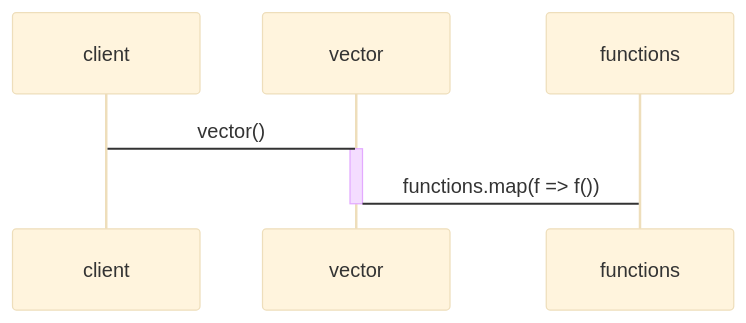
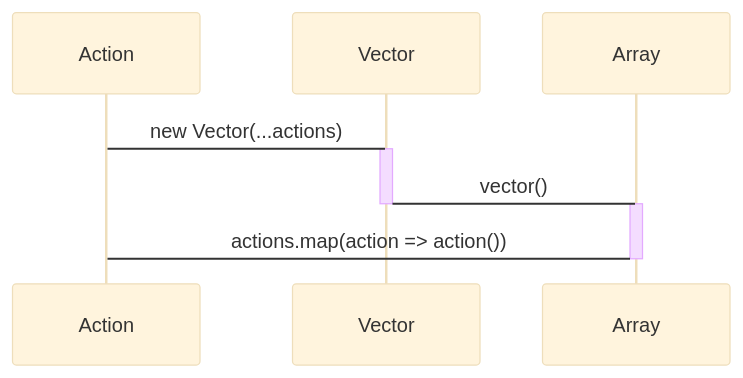
The third of 4 diagrams in README.md (domrally/peekeasy), drawn with Mermaid (base theme) before and after one commit. The commit also changed other lines of this file, not shown here.

````diff
--- a/README.md
+++ b/README.md
@@ -98,7 +101,10 @@
 ```mermaid
 sequenceDiagram
-    client->vector: vector()
-    activate vector
-    vector->functions: functions.map(f => f())
-    deactivate vector
+    Action->Vector: new Vector(...actions)
+    activate Vector
+    Vector->Array: vector()
+    deactivate Vector
+    activate Array
+    Array->Action: actions.map(action => action())
+    deactivate Array
 ```
````
